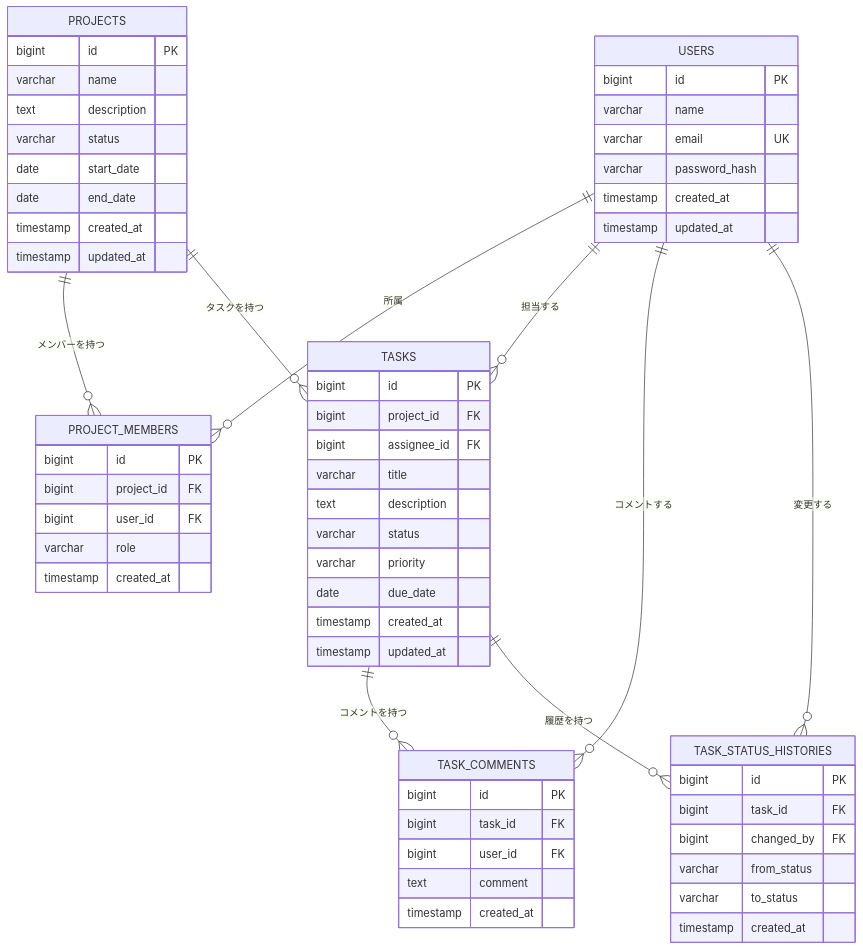
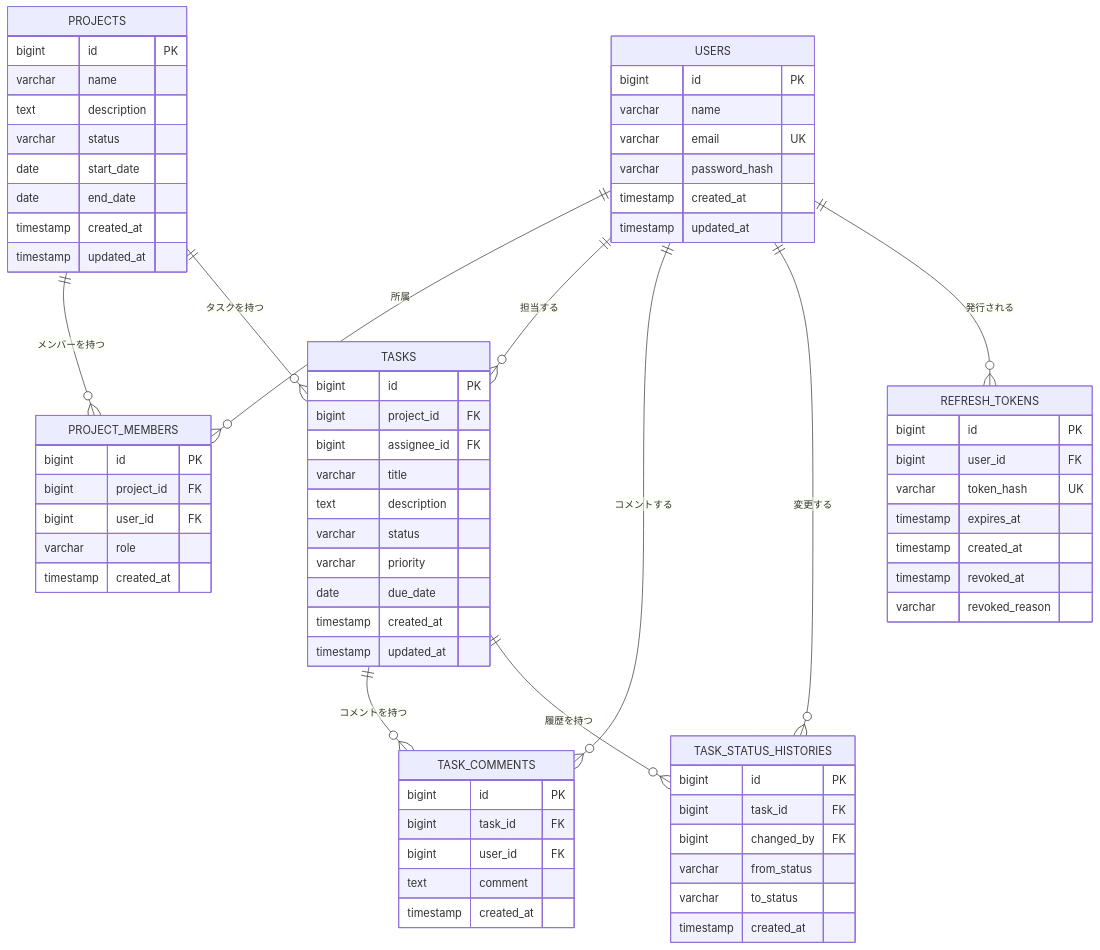
One commit to Toshiki24/task-management-system changed the diagram in docs/database/er-diagram.md. Above: the diagram before and after it, drawn with Mermaid. The commit also changed other lines of this file and 5 other files, not shown here.

````diff
--- a/docs/database/er-diagram.md
+++ b/docs/database/er-diagram.md
@@ -52,6 +61,8 @@
 
     TASKS ||--o{ TASK_STATUS_HISTORIES : "履歴を持つ"
     USERS ||--o{ TASK_STATUS_HISTORIES : "変更する"
+
+    USERS ||--o{ REFRESH_TOKENS : "発行される"
 
     USERS {
         bigint id PK
@@ -110,4 +121,14 @@
         varchar to_status
         timestamp created_at
     }
+
+    REFRESH_TOKENS {
+        bigint id PK
+        bigint user_id FK
+        varchar token_hash UK
+        timestamp expires_at
+        timestamp created_at
+        timestamp revoked_at
+        varchar revoked_reason
+    }
 ```
````
